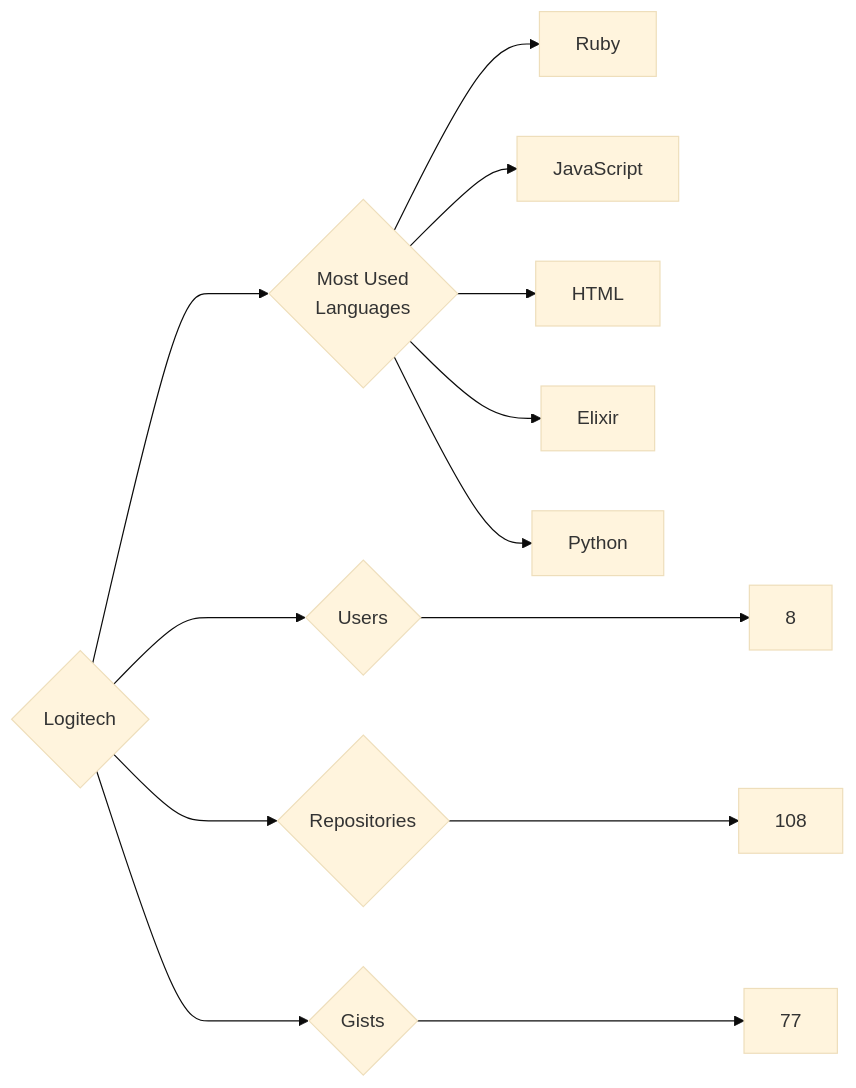
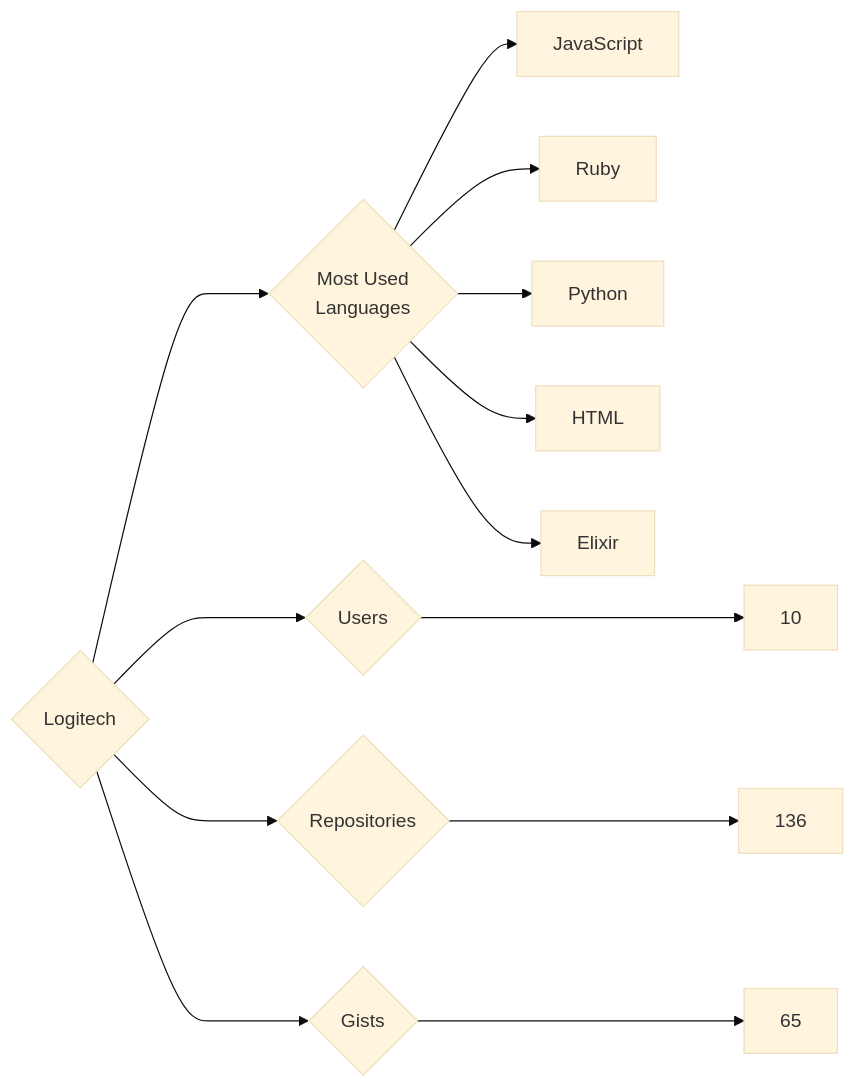
The diagram in targets/Logitech/README.md (trickest/insiders), drawn with Mermaid (base theme) before and after one commit. The commit also changed 1389 other files, not shown here.

````diff
--- a/targets/Logitech/README.md
+++ b/targets/Logitech/README.md
@@ -3,13 +3,13 @@
 ```mermaid
 graph LR
 COMPANY_NAME{Logitech}
-COMPANY_NAME ---> U{Users} ---> UN[8]
-COMPANY_NAME ---> R{Repositories} ---> RN[108]
-COMPANY_NAME ---> G{Gists} ---> GN[77]
+COMPANY_NAME ---> U{Users} ---> UN[10]
+COMPANY_NAME ---> R{Repositories} ---> RN[136]
+COMPANY_NAME ---> G{Gists} ---> GN[65]
 COMPANY_NAME ---> ML{Most Used<br>Languages}
+ML --> JavaScript[JavaScript]
 ML --> Ruby[Ruby]
-ML --> JavaScript[JavaScript]
+ML --> Python[Python]
 ML --> HTML[HTML]
 ML --> Elixir[Elixir]
-ML --> Python[Python]
 ```
````
